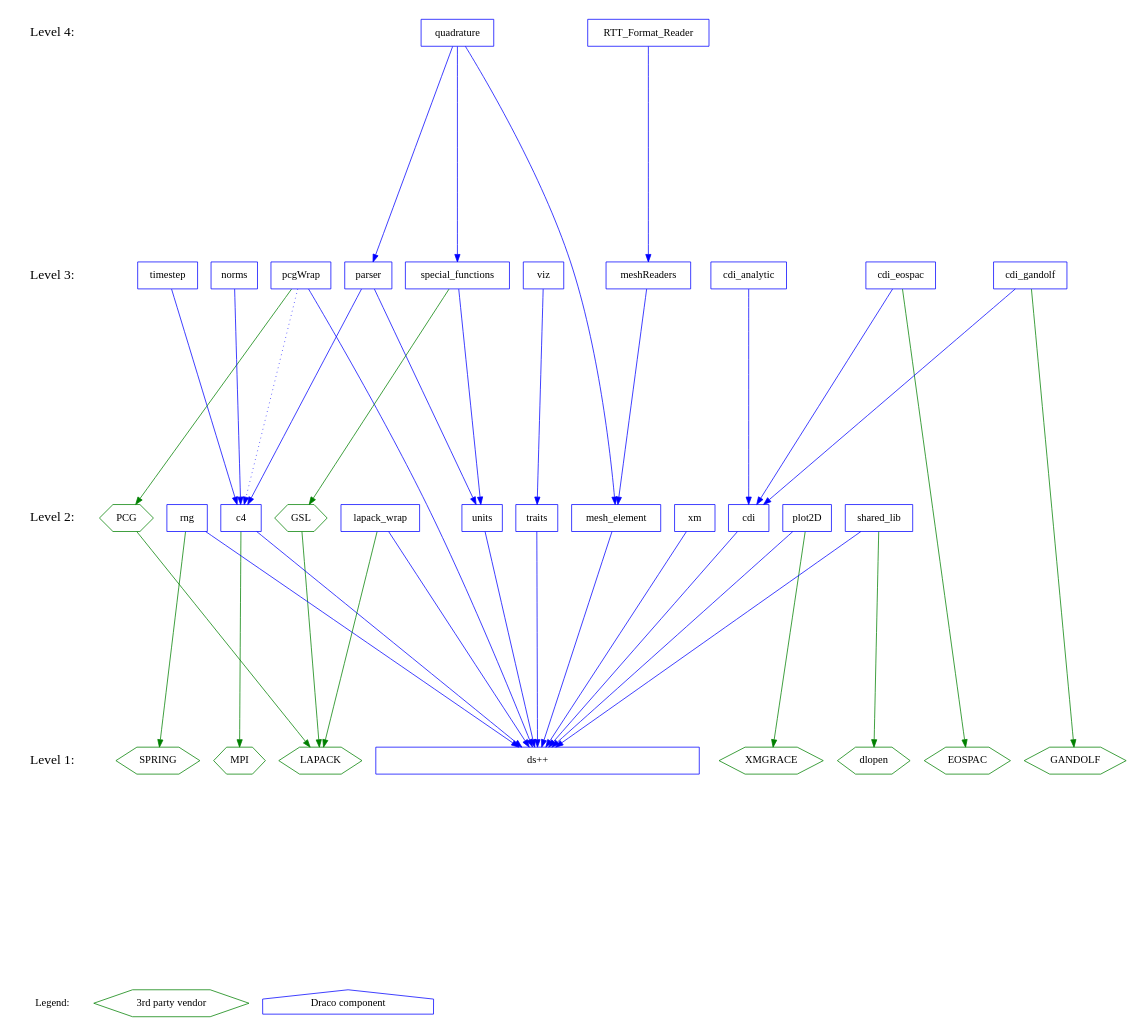
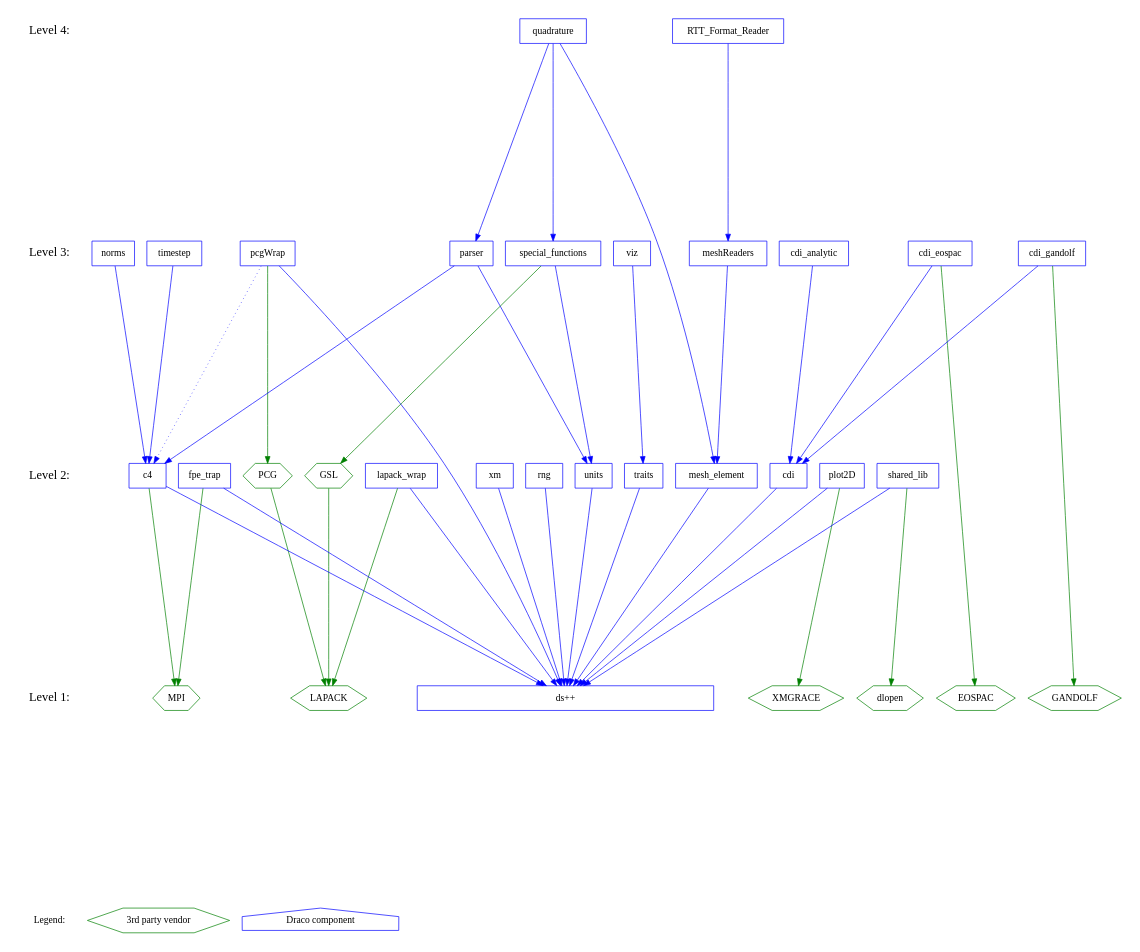
One commit to losalamos/Draco changed the diagram in doc/design/level.dot. Above: the diagram before and after it, drawn with Graphviz.

Commit message:
+ Remove SPRNG and add fep_trap to the levelization diagram.

```diff
--- a/doc/design/level.dot
+++ b/doc/design/level.dot
@@ -1,121 +1,123 @@
 digraph draco_level {
     /* graph attributes */
     center=1;
     size="7.5,10";
     ranksep=4;
     
     /* levels */
     legend [shape=plaintext, label="Legend:", fontsize=14];
     level1 [shape=plaintext, label="Level 1:", fontsize=18];
     level2 [shape=plaintext, label="Level 2:", fontsize=18];
     level3 [shape=plaintext, label="Level 3:", fontsize=18];
     level4 [shape=plaintext, label="Level 4:", fontsize=18];
 /*     level5 [shape=plaintext, label="Level 5:", fontsize=18]; */
 /*    level6 [shape=plaintext, label="Level 6:", fontsize=18]; */
     
     /* level6 -> level5 -> */
     level4 -> level3 -> level2 -> level1 -> legend [style=invis];
     
     /* packages */
 
     /* legend */
     leg_vendor [shape=box, label="3rd party vendor", color=green, shape=hexagon];
     leg_draco  [shape=box, label="Draco component",  color=blue,  shape=house ];
 
     /* level 1 */
     vmpi       [shape=hexagon, color=green, label="MPI"];
     vlapack    [shape=hexagon, color=green, label="LAPACK"];
     vgandolf   [shape=hexagon, color=green, label="GANDOLF"];
     veospac    [shape=hexagon, color=green, label="EOSPAC"];
     vgrace     [shape=hexagon, color=green, label="XMGRACE"];
-    vspring    [shape=hexagon, color=green, label="SPRING"];
+    /* vspring    [shape=hexagon, color=green, label="SPRING"]; */
     vdlopen    [shape=hexagon, color=green, label="dlopen"];
         
     dsxx [shape=box, color=blue, label="ds++", width=6];
     
     /* level 2 */
     vgsl       [shape=hexagon, color=green, label="GSL"];
     vpcg       [shape=hexagon, color=green, label="PCG"];
 
     traits [shape=box, color=blue, label="traits"];
     xm     [shape=box, color=blue, label="xm"];
     c4     [shape=box, color=blue, label="c4"];
     rng    [shape=box, color=blue, label="rng"];
     units  [shape=box, color=blue, label="units"];
     cdi    [shape=box, color=blue, label="cdi"];
     meshelement [shape=box, color=blue, label="mesh_element"];
     plot   [shape=box, color=blue, label="plot2D"];
     lapack [shape=box, color=blue, label="lapack_wrap"];
     shlib  [shape=box, color=blue, label="shared_lib"];
+    fpetrap [shape=box, color=blue, label="fpe_trap"];
         
     /* level 3 */
     viz      [shape=box, color=blue, label="viz"];
     timestep [shape=box, color=blue, label="timestep"];
     cdianal  [shape=box, color=blue, label="cdi_analytic"];
     cdieos   [shape=box, color=blue, label="cdi_eospac"];
     cdigan   [shape=box, color=blue, label="cdi_gandolf"];
     pcg      [shape=box, color=blue, label="pcgWrap"];
     meshread [shape=box, color=blue, label="meshReaders"];
     parser   [shape=box, color=blue, label="parser"];
     norms    [shape=box, color=blue, label="norms"];
     sf       [shape=box, color=blue, label="special_functions"];
     
     /* level 4 */
     quad        [shape=box, color=blue, label="quadrature"];
     rttread     [shape=box, color=blue, label="RTT_Format_Reader"];
     
     /* dependencies */
     {rank=same; legend leg_vendor leg_draco};
-    {rank=same; level1 dsxx vlapack vmpi veospac  vgandolf vgrace vspring vdlopen };
-    {rank=same; level2 shlib plot lapack traits xm c4 rng units cdi meshelement vgsl vpcg};
+    {rank=same; level1 dsxx vlapack vmpi veospac  vgandolf vgrace vdlopen };
+    {rank=same; level2 shlib plot lapack traits xm c4 fpetrap rng units cdi meshelement vgsl vpcg};
     {rank=same; level3 viz timestep cdianal cdieos cdigan pcg meshread parser sf};
     {rank=same; level4 rttread quad};
     
     /* draco packages */
 
     /* NOTE:  hidden dependencies are in comments at the end of each line.
      * For example if a package depends on c4 it implicitly depends on dsxx
      * as well.  The dependency on dsxx is not shown explicitly on the
      * graph. 
     
     /* level 2 */
     xm          -> {dsxx}        [color=blue];
     units       -> {dsxx}        [color=blue];
     traits      -> {dsxx}        [color=blue];
     c4          -> {dsxx}        [color=blue];
     c4          -> {vmpi}        [color="green"];
     rng         -> {dsxx}        [color=blue];
-    rng         -> {vspring}     [color="green"];
     cdi         -> {dsxx}        [color=blue];
     meshelement -> {dsxx}        [color=blue];
     plot        -> {dsxx}        [color=blue];
     plot        -> {vgrace}      [color="green"];
     lapack      -> {dsxx}        [color=blue];
     lapack      -> {vlapack}     [color="green"];
     shlib       -> {dsxx}        [color=blue];
     shlib       -> {vdlopen}     [color="green"];
     vgsl        -> {vlapack}     [color="green"];
     vpcg        -> {vlapack}     [color="green"];
+    fpetrap     -> {dsxx}        [color=blue];
+    fpetrap     -> {vmpi}        [color="green"];
     
     /* level 3 */
     viz         -> {traits}      [color=blue];
     timestep    -> {c4}          [color=blue];
     pcg         -> {dsxx}        [color=blue];
     pcg         -> {vpcg}        [color="green"];
     pcg         -> {c4}          [color="blue" style=dotted];
     cdianal     -> {cdi}         [color=blue];
     cdieos      -> {cdi}         [color=blue];
     cdieos      -> {veospac}     [color="green"]; 
     cdigan      -> {cdi}         [color=blue]; 
     cdigan      -> {vgandolf}    [color="green"];
     meshread    -> {meshelement} [color=blue];
     parser      -> {c4 units}    [color=blue];
     norms       -> {c4}          [color=blue];
     sf          -> {units}       [color=blue];
     sf          -> {vgsl}        [color="green"];
 
     /* level 4 */
     quad        -> {sf meshelement parser} [color=blue];
     rttread     -> {meshread}               [color=blue];
 
 }
```
